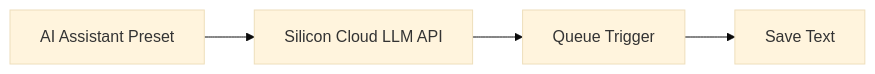
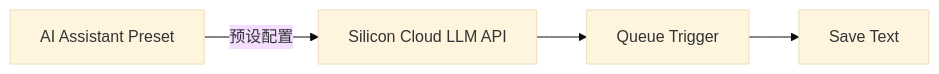
Before and after one commit to axunrun/Axun_Nodes: the first of 6 diagrams in README.md, drawn with Mermaid (base theme). The commit also changed other lines of this file, not shown here.

````diff
--- a/README.md
+++ b/README.md
@@ -427,6 +432,6 @@
 ```mermaid
 graph LR
-    A[AI Assistant Preset] --> B[Silicon Cloud LLM API]
+    A[AI Assistant Preset] --> |预设配置| B[Silicon Cloud LLM API]
     B --> C[Queue Trigger]
     C --> D[Save Text]
 ```
````
